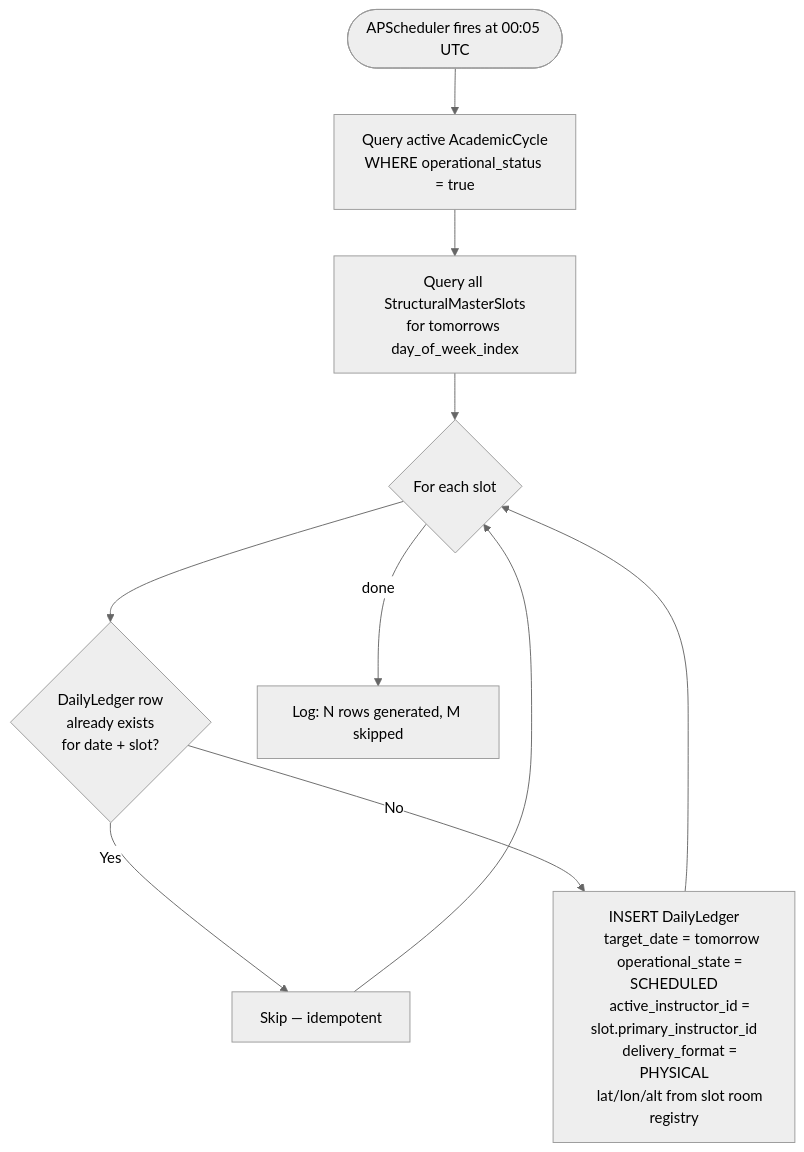
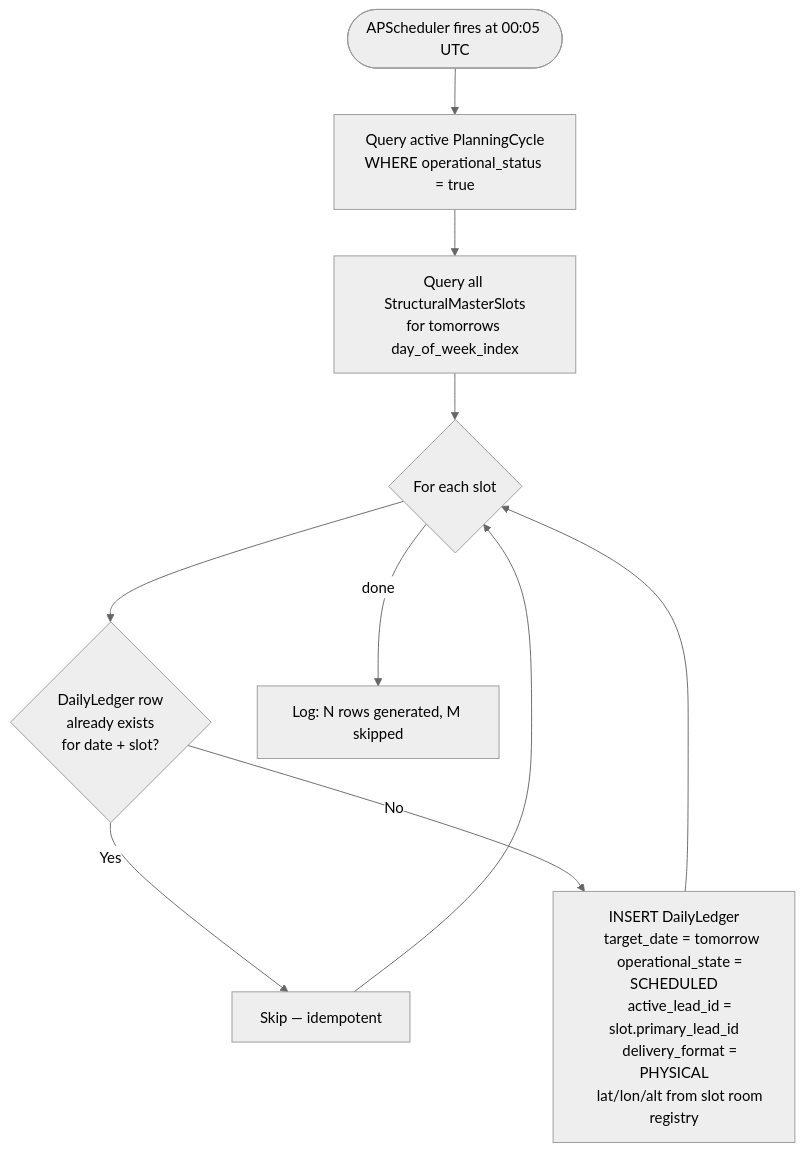
The fourth of 4 diagrams in docs/flows.md (Life-Experimentalist/Chronos-Ledger), drawn with Mermaid (neutral theme) before and after one commit. The commit also changed other lines of this file and 17 other files, not shown here.

````diff
--- a/docs/flows.md
+++ b/docs/flows.md
@@ -139,23 +139,23 @@
 ```mermaid
 flowchart TD
     T([APScheduler fires at 00:05 UTC]) --> Q1
 
-    Q1[Query active AcademicCycle<br/>WHERE operational_status = true] --> Q2
+    Q1[Query active PlanningCycle<br/>WHERE operational_status = true] --> Q2
     Q2[Query all StructuralMasterSlots<br/>for tomorrows day_of_week_index] --> LOOP
 
     LOOP{For each slot} --> CHK
 
     CHK{DailyLedger row<br/>already exists<br/>for date + slot?}
     CHK -->|Yes| SKIP[Skip — idempotent]
     CHK -->|No| INS
 
     INS[INSERT DailyLedger
     target_date = tomorrow
     operational_state = SCHEDULED
-    active_instructor_id = slot.primary_instructor_id
+    active_lead_id = slot.primary_lead_id
     delivery_format = PHYSICAL
     lat/lon/alt from slot room registry] --> LOOP
 
     SKIP --> LOOP
     LOOP -->|done| LOG[Log: N rows generated, M skipped]
 ```
````
